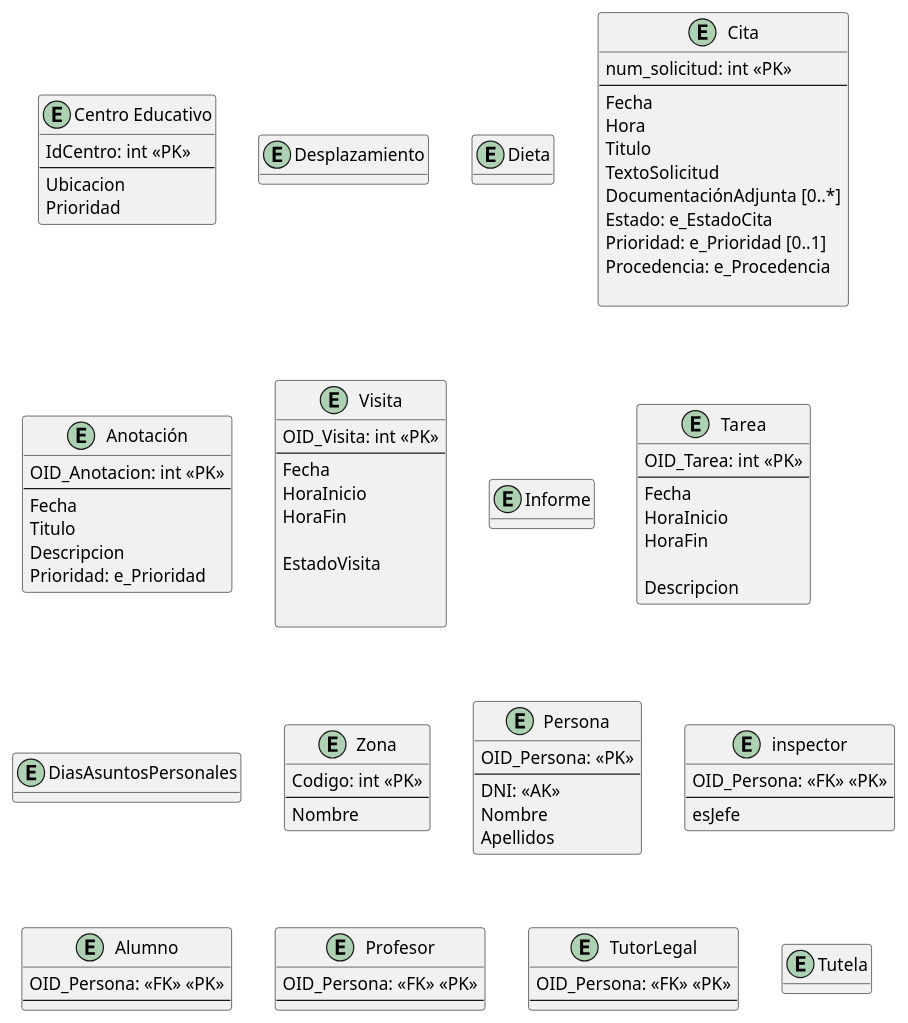
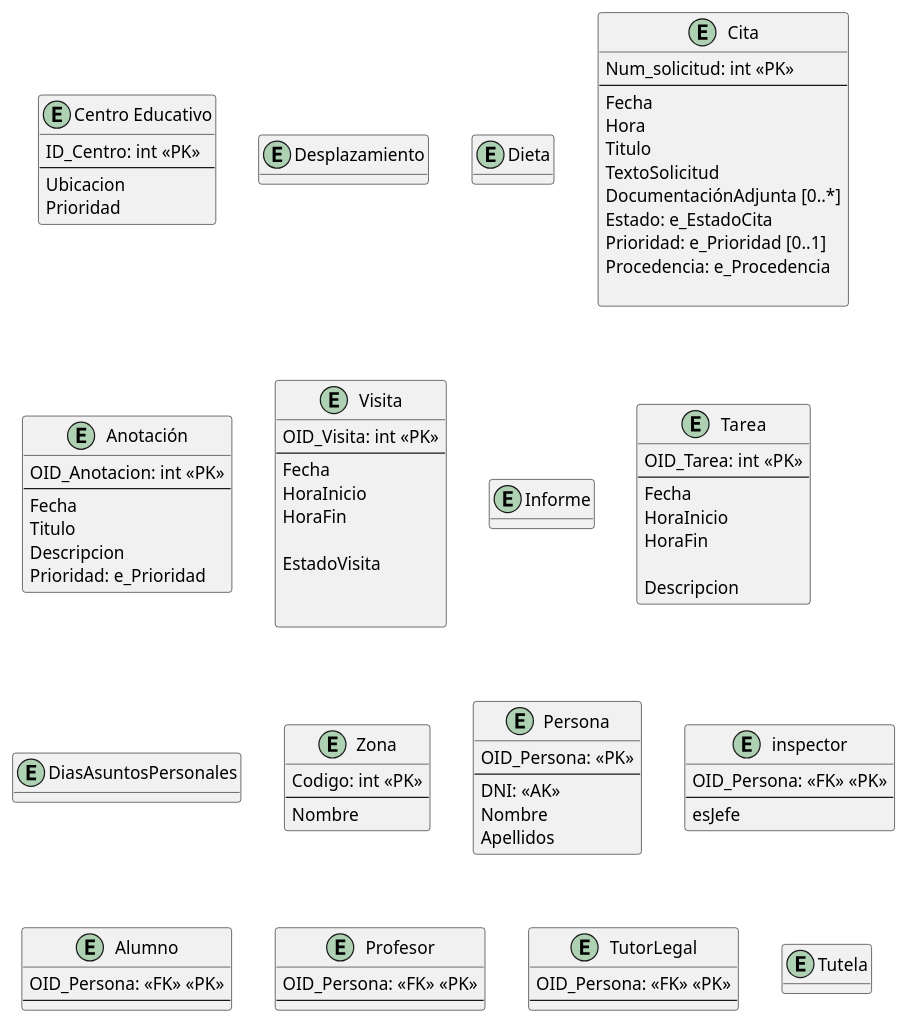
The diagram in modelado/modelado_relacional.puml (javiporti/ProyectoBD_Inspeccion_Educativa), drawn with PlantUML before and after one commit. The commit also changed 1 other file, not shown here.

```diff
--- a/modelado/modelado_relacional.puml
+++ b/modelado/modelado_relacional.puml
@@ -1,114 +1,114 @@
 @startuml modelado_conceptual
 hide methods
 skinparam ClassAttributeIconSize 0
 
 
 entity "Centro Educativo" as CentroEducativo {
-    IdCentro: int <<PK>>
+    ID_Centro: int <<PK>>
     --
     Ubicacion
     Prioridad
 }
 
 entity Desplazamiento {
 
 }
 
 entity Dieta {
 
 }
 
 entity Cita {
-    num_solicitud: int <<PK>>
+    Num_solicitud: int <<PK>>
     --
     Fecha 
     Hora 
     Titulo
     TextoSolicitud
     DocumentaciónAdjunta [0..*]
     Estado: e_EstadoCita
     Prioridad: e_Prioridad [0..1]
     Procedencia: e_Procedencia
 
 }
 
 entity Anotación {
     OID_Anotacion: int <<PK>>
     --
     Fecha
     Titulo
     Descripcion
     Prioridad: e_Prioridad
 }
 
 
 
 entity Visita {
     OID_Visita: int <<PK>>
     --
     Fecha
     HoraInicio
     HoraFin
 
     EstadoVisita
 
 
 }
 
 entity Informe {
 
 }
 
 entity Tarea {
     OID_Tarea: int <<PK>>
     --
     Fecha
     HoraInicio
     HoraFin
 
     Descripcion
 }
 
 entity DiasAsuntosPersonales {
 
 }
 
 entity Zona {
     Codigo: int <<PK>>
     --
     Nombre
 }
 
 entity Persona {
     OID_Persona: <<PK>>
     --
     DNI: <<AK>>
     Nombre
     Apellidos
 }
 
 entity inspector {
     OID_Persona: <<FK>> <<PK>>
     --
     esJefe
 }
 entity Alumno {
     OID_Persona: <<FK>> <<PK>>
     --
 }
 
 entity Profesor {
     OID_Persona: <<FK>> <<PK>>
     --
 }
 
 entity TutorLegal {
     OID_Persona: <<FK>> <<PK>>
     --
 }
 
 entity Tutela {
 
 }
 
 @enduml
```
